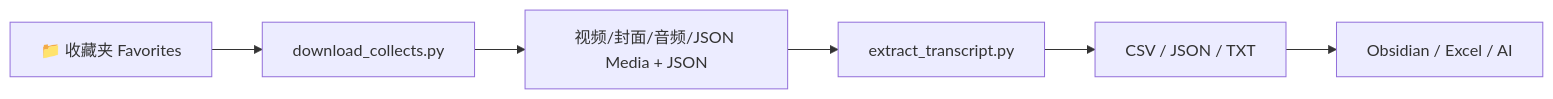
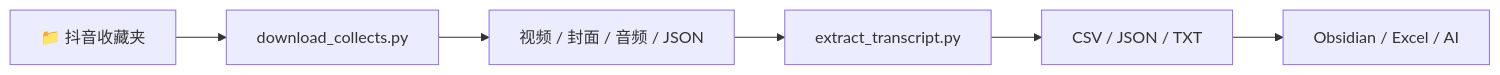
Before and after one commit to luxinzhang28-creator/Douyin-collect-downloader: the diagram in README.md, drawn with Mermaid. The commit also changed other lines of this file and 1 other file, not shown here.

````diff
--- a/README.md
+++ b/README.md
@@ -143,8 +126,8 @@
 ```mermaid
 flowchart LR
-    A["📁 收藏夹 Favorites"] --> B["download_collects.py"]
-    B --> C["视频/封面/音频/JSON Media + JSON"]
-    C --> D["extract_transcript.py"]
-    D --> E["CSV / JSON / TXT"]
-    E --> F["Obsidian / Excel / AI"]
+    A[📁 抖音收藏夹] --> B[download_collects.py]
+    B --> C[视频 / 封面 / 音频 / JSON]
+    C --> D[extract_transcript.py]
+    D --> E[CSV / JSON / TXT]
+    E --> F[Obsidian / Excel / AI]
 ```
````
